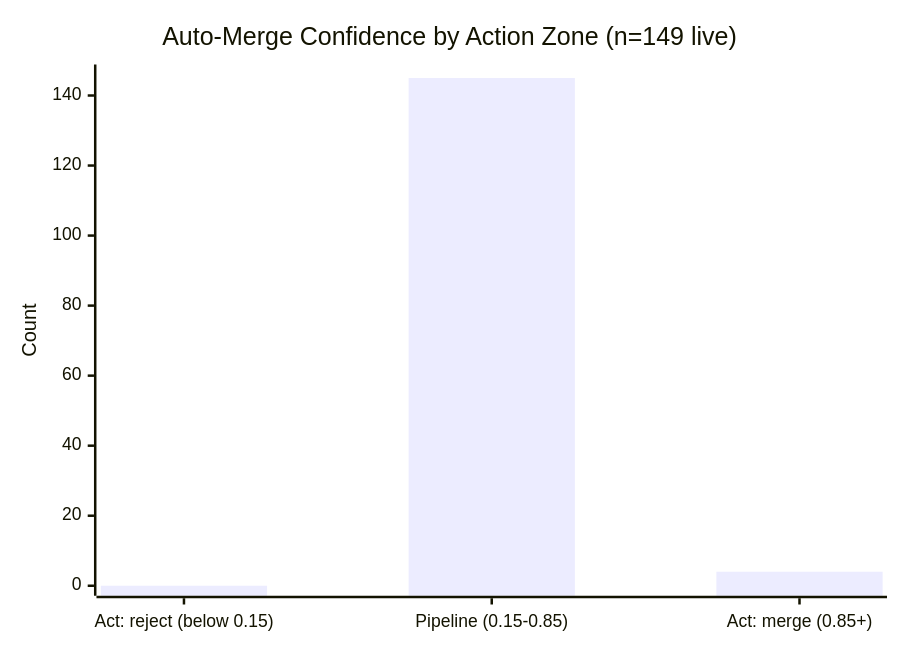
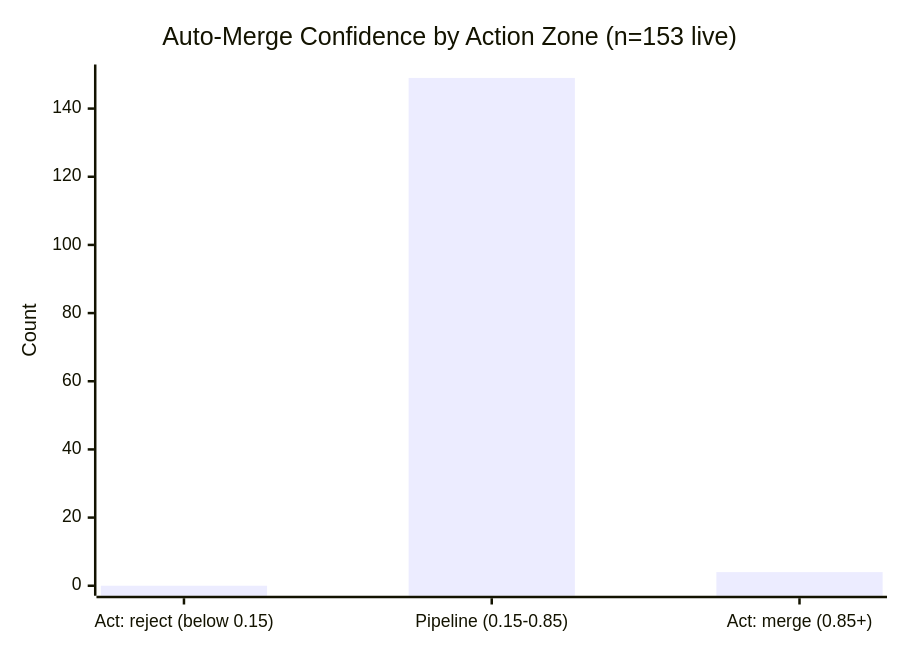
One commit to Sanctum-Origo-Systems/patina changed the second of 4 diagrams in JEV.md. Above: the diagram before and after it, drawn with Mermaid. The commit also changed other lines of this file, not shown here.

````diff
--- a/JEV.md
+++ b/JEV.md
@@ -17,7 +17,7 @@
 ```mermaid
 xychart-beta
-    title "Auto-Merge Confidence by Action Zone (n=149 live)"
+    title "Auto-Merge Confidence by Action Zone (n=153 live)"
     x-axis ["Act: reject (below 0.15)", "Pipeline (0.15-0.85)", "Act: merge (0.85+)"]
-    y-axis "Count" 0 --> 146
-    bar [0, 145, 4]
+    y-axis "Count" 0 --> 150
+    bar [0, 149, 4]
 ```
````
